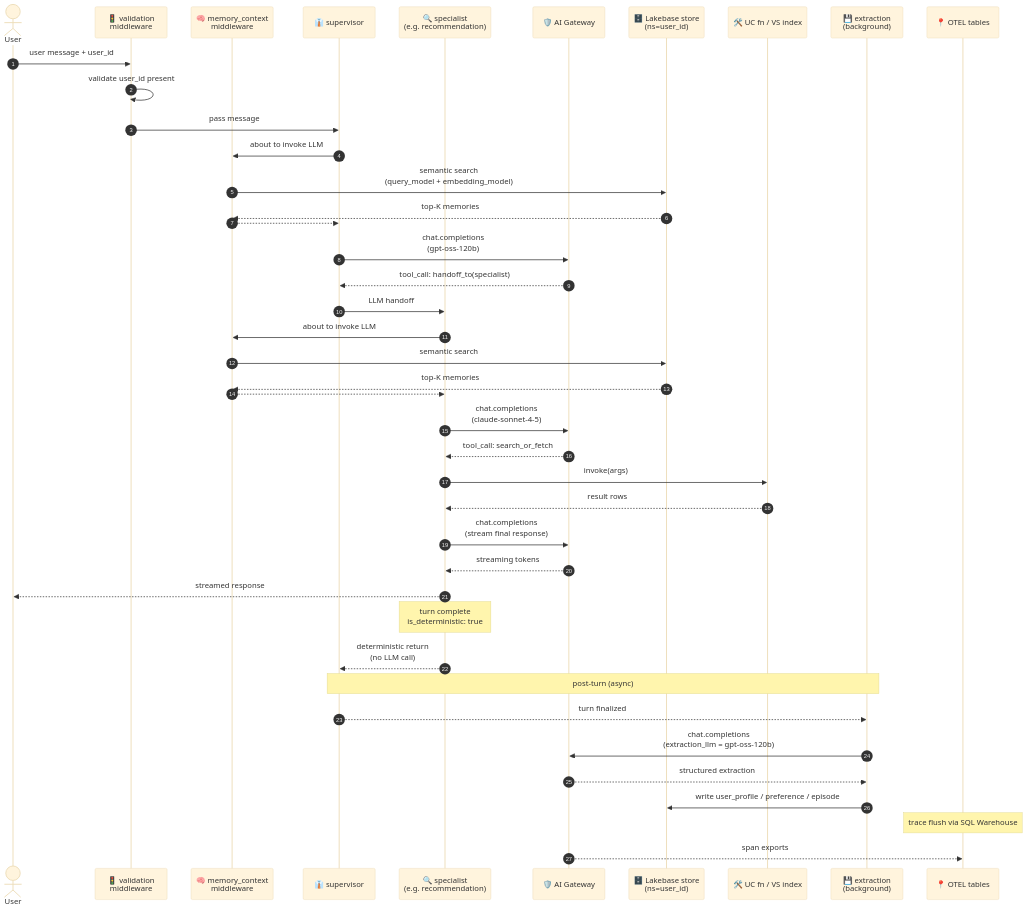
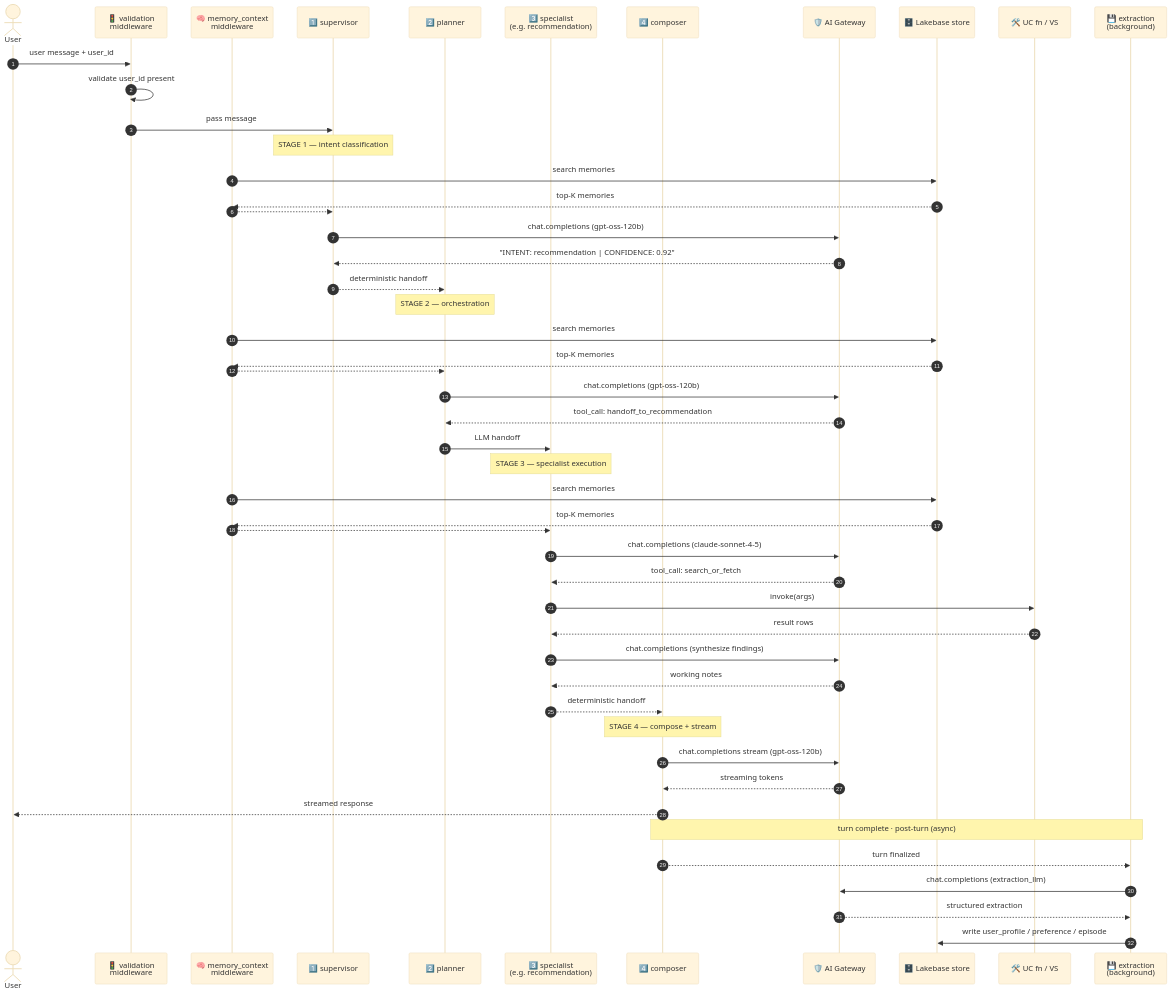
The third of 6 diagrams in config/examples/15_complete_applications/commerce_swarm/README.md (natefleming/retail-ai), drawn with Mermaid before and after one commit. The commit also changed other lines of this file and 1 other file, not shown here.

First line of the commit message:
refactor(commerce_swarm): restructure to 4-stage pipeline matching reference diagram

````diff
--- a/config/examples/15_complete_applications/commerce_swarm/README.md
+++ b/config/examples/15_complete_applications/commerce_swarm/README.md
@@ -134,56 +160,59 @@
 ```mermaid
 %%{init: {'theme': 'base', 'themeVariables': { 'fontSize': '13px'}}}%%
 sequenceDiagram
     autonumber
     actor User
     participant V as 🚦 validation<br/>middleware
     participant MI as 🧠 memory_context<br/>middleware
-    participant Sup as 👔 supervisor
-    participant Spec as 🔍 specialist<br/>(e.g. recommendation)
+    participant Sup as 1️⃣ supervisor
+    participant Plan as 2️⃣ planner
+    participant Spec as 3️⃣ specialist<br/>(e.g. recommendation)
+    participant Comp as 4️⃣ composer
     participant Gateway as 🛡️ AI Gateway
-    participant Store as 🗄️ Lakebase store<br/>(ns=user_id)
-    participant Tools as 🛠️ UC fn / VS index
+    participant Store as 🗄️ Lakebase store
+    participant Tools as 🛠️ UC fn / VS
     participant Ext as 💾 extraction<br/>(background)
-    participant OTEL as 📍 OTEL tables
 
     User->>V: user message + user_id
     V->>V: validate user_id present
     V->>Sup: pass message
 
-    Sup->>MI: about to invoke LLM
-    MI->>Store: semantic search<br/>(query_model + embedding_model)
+    Note over Sup: STAGE 1 — intent classification
+    MI->>Store: search memories
     Store-->>MI: top-K memories
-    MI-->>Sup: ## Memories injected<br/>into system prompt
+    MI-->>Sup: ## Memories injected
+    Sup->>Gateway: chat.completions (gpt-oss-120b)
+    Gateway-->>Sup: "INTENT: recommendation | CONFIDENCE: 0.92"
 
-    Sup->>Gateway: chat.completions<br/>(gpt-oss-120b)
-    Gateway-->>Sup: tool_call: handoff_to(specialist)
+    Sup-->>Plan: deterministic handoff
+    Note over Plan: STAGE 2 — orchestration
+    MI->>Store: search memories
+    Store-->>MI: top-K memories
+    MI-->>Plan: ## Memories injected
+    Plan->>Gateway: chat.completions (gpt-oss-120b)
+    Gateway-->>Plan: tool_call: handoff_to_recommendation
 
-    Sup->>Spec: LLM handoff
-
-    Spec->>MI: about to invoke LLM
-    MI->>Store: semantic search
+    Plan->>Spec: LLM handoff
+    Note over Spec: STAGE 3 — specialist execution
+    MI->>Store: search memories
     Store-->>MI: top-K memories
     MI-->>Spec: ## Memories injected
-
-    Spec->>Gateway: chat.completions<br/>(claude-sonnet-4-5)
+    Spec->>Gateway: chat.completions (claude-sonnet-4-5)
     Gateway-->>Spec: tool_call: search_or_fetch
-
     Spec->>Tools: invoke(args)
     Tools-->>Spec: result rows
+    Spec->>Gateway: chat.completions (synthesize findings)
+    Gateway-->>Spec: working notes
 
-    Spec->>Gateway: chat.completions<br/>(stream final response)
-    Gateway-->>Spec: streaming tokens
-    Spec-->>User: streamed response
+    Spec-->>Comp: deterministic handoff
+    Note over Comp: STAGE 4 — compose + stream
+    Comp->>Gateway: chat.completions stream (gpt-oss-120b)
+    Gateway-->>Comp: streaming tokens
+    Comp-->>User: streamed response
 
-    Note over Spec: turn complete<br/>is_deterministic: true
-    Spec-->>Sup: deterministic return<br/>(no LLM call)
-
-    Note over Sup,Ext: post-turn (async)
-    Sup-->>Ext: turn finalized
-    Ext->>Gateway: chat.completions<br/>(extraction_llm = gpt-oss-120b)
+    Note over Comp,Ext: turn complete · post-turn (async)
+    Comp-->>Ext: turn finalized
+    Ext->>Gateway: chat.completions (extraction_llm)
     Gateway-->>Ext: structured extraction
     Ext->>Store: write user_profile / preference / episode
-
-    Note over OTEL: trace flush via SQL Warehouse
-    Gateway-->>OTEL: span exports
 ```
````
